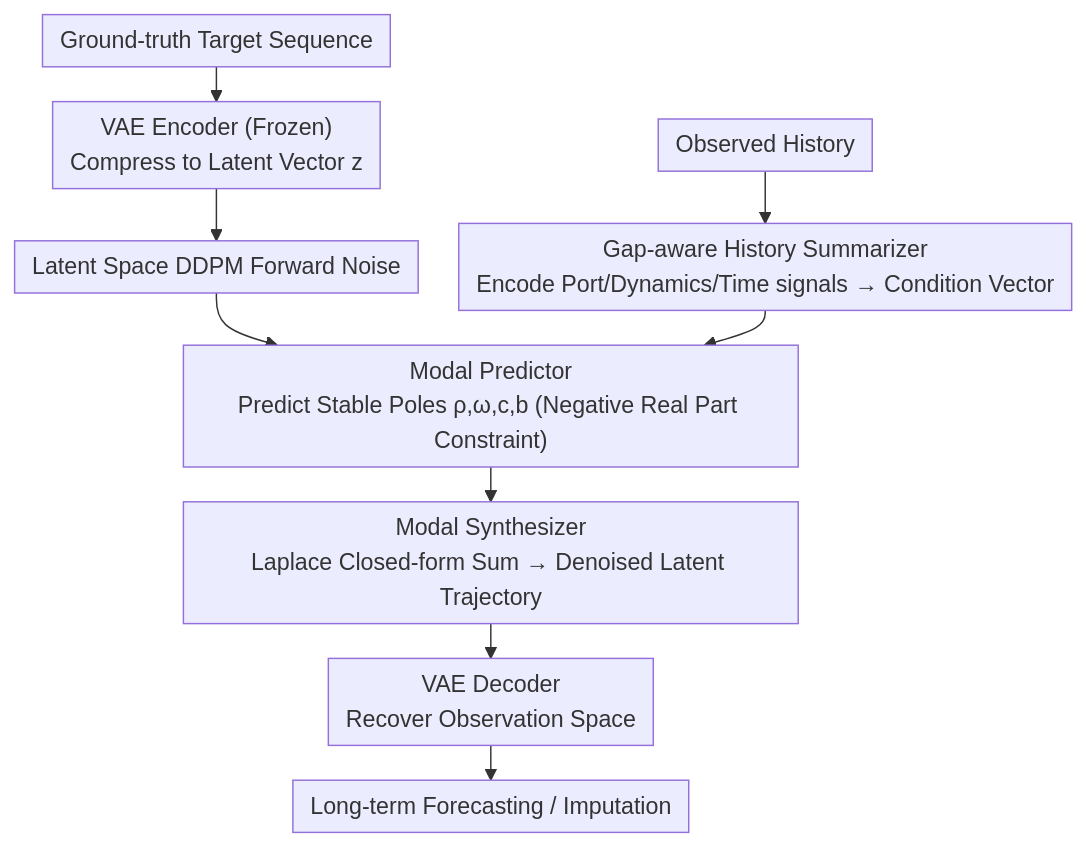
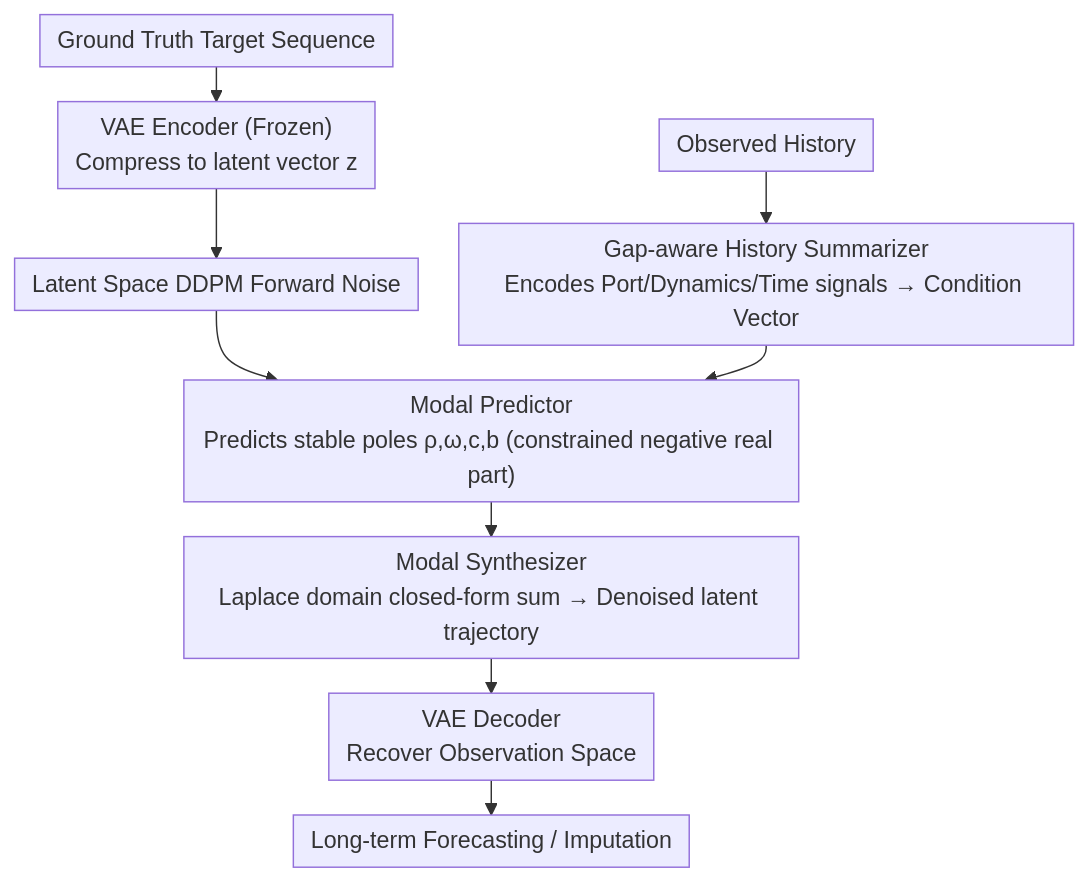
The diagram in docs/ICML2026/time_series/latent_laplace_diffusion_for_irregular_multivariate_time_series.md (zhaoyang97/Paper-Notes-en), drawn with Mermaid before and after one commit. The commit also changed other lines of this file and 5084 other files, not shown here.

````diff
--- a/docs/ICML2026/time_series/latent_laplace_diffusion_for_irregular_multivariate_time_series.md
+++ b/docs/ICML2026/time_series/latent_laplace_diffusion_for_irregular_multivariate_time_series.md
@@ -43,12 +43,12 @@
 ```mermaid
 %%{init: {'flowchart': {'rankSpacing': 24, 'nodeSpacing': 28, 'padding': 6, 'wrappingWidth': 400}}}%%
 flowchart TD
-    Y["Ground-truth Target Sequence"] --> VAE["VAE Encoder (Frozen)<br/>Compress to Latent Vector z"]
-    H["Observed History"] --> SUM["Gap-aware History Summarizer<br/>Encode Port/Dynamics/Time signals → Condition Vector"]
+    Y["Ground Truth Target Sequence"] --> VAE["VAE Encoder (Frozen)<br/>Compress to latent vector z"]
+    H["Observed History"] --> SUM["Gap-aware History Summarizer<br/>Encodes Port/Dynamics/Time signals → Condition Vector"]
     VAE --> FWD["Latent Space DDPM Forward Noise"]
-    FWD --> POLE["Modal Predictor<br/>Predict Stable Poles ρ,ω,c,b (Negative Real Part Constraint)"]
+    FWD --> POLE["Modal Predictor<br/>Predicts stable poles ρ,ω,c,b (constrained negative real part)"]
     SUM --> POLE
-    POLE --> SYN["Modal Synthesizer<br/>Laplace Closed-form Sum → Denoised Latent Trajectory"]
+    POLE --> SYN["Modal Synthesizer<br/>Laplace domain closed-form sum → Denoised latent trajectory"]
     SYN --> DEC["VAE Decoder<br/>Recover Observation Space"]
     DEC --> OUT["Long-term Forecasting / Imputation"]
 ```
````
